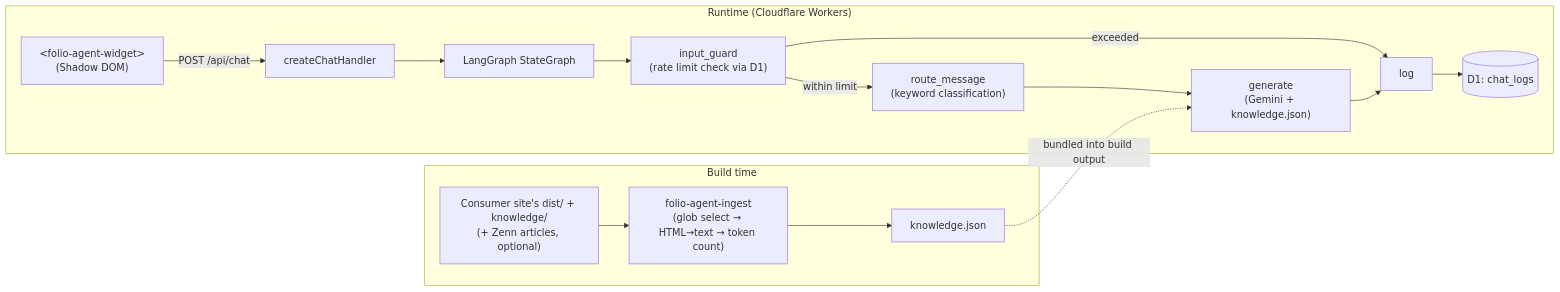
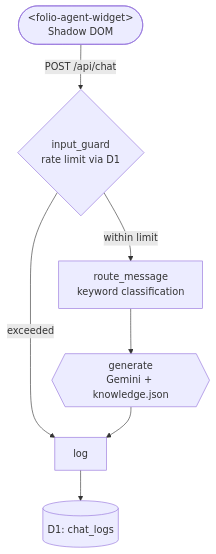
The diagram in README.en.md (yktsnet/folio-agent), drawn with Mermaid before and after one commit. The commit also changed 1 other file, not shown here.

Commit message:
docs(readme): drop the subjectless ingest diagram
ビルド時の図は3ノード直列で、一文で書ける内容だった。
実行時の図に形状・線種を割り当て、日英で構成が乖離していたのも揃える。

````diff
--- a/README.en.md
+++ b/README.en.md
@@ -49,20 +53,9 @@
 ```mermaid
-flowchart LR
-    subgraph Build["Build time"]
-        Dist["Consumer site's dist/ + knowledge/\n(+ Zenn articles, optional)"] --> CLI["folio-agent-ingest\n(glob select → HTML→text → token count)"]
-        CLI --> KnowledgeJson["knowledge.json"]
-    end
-
-    subgraph Runtime["Runtime (Cloudflare Workers)"]
-        Widget["&lt;folio-agent-widget&gt;\n(Shadow DOM)"] -->|"POST /api/chat"| Handler["createChatHandler"]
-        Handler --> Graph["LangGraph StateGraph"]
-        Graph --> Guard["input_guard\n(rate limit check via D1)"]
-        Guard -->|"within limit"| Route["route_message\n(keyword classification)"]
-        Guard -->|"exceeded"| Log["log"]
-        Route --> Generate["generate\n(Gemini + knowledge.json)"]
-        Generate --> Log
-        Log --> D1[("D1: chat_logs")]
-    end
-
-    KnowledgeJson -.->|"bundled into build output"| Generate
+flowchart TD
+    Widget(["&lt;folio-agent-widget&gt;<br/>Shadow DOM"]) -->|"POST /api/chat"| Guard{"input_guard<br/>rate limit via D1"}
+    Guard -->|"within limit"| Route["route_message<br/>keyword classification"]
+    Guard -->|"exceeded"| Log["log"]
+    Route --> Generate{{"generate<br/>Gemini + knowledge.json"}}
+    Generate --> Log
+    Log --> D1[("D1: chat_logs")]
 ```
````
